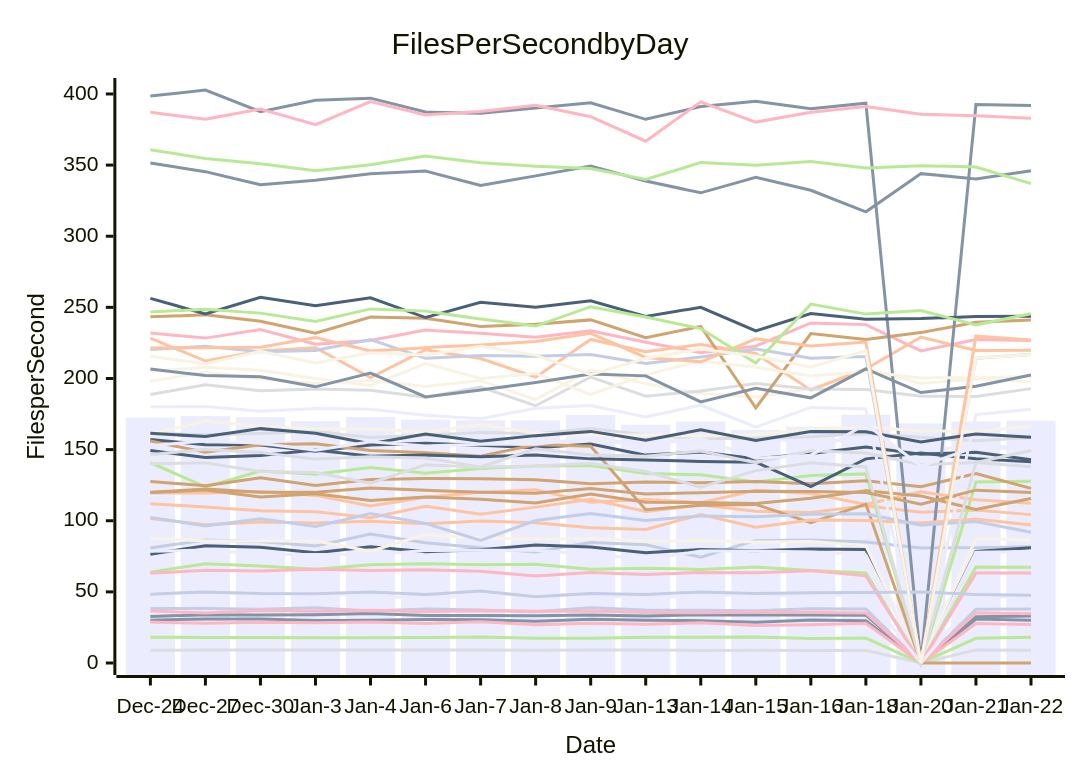
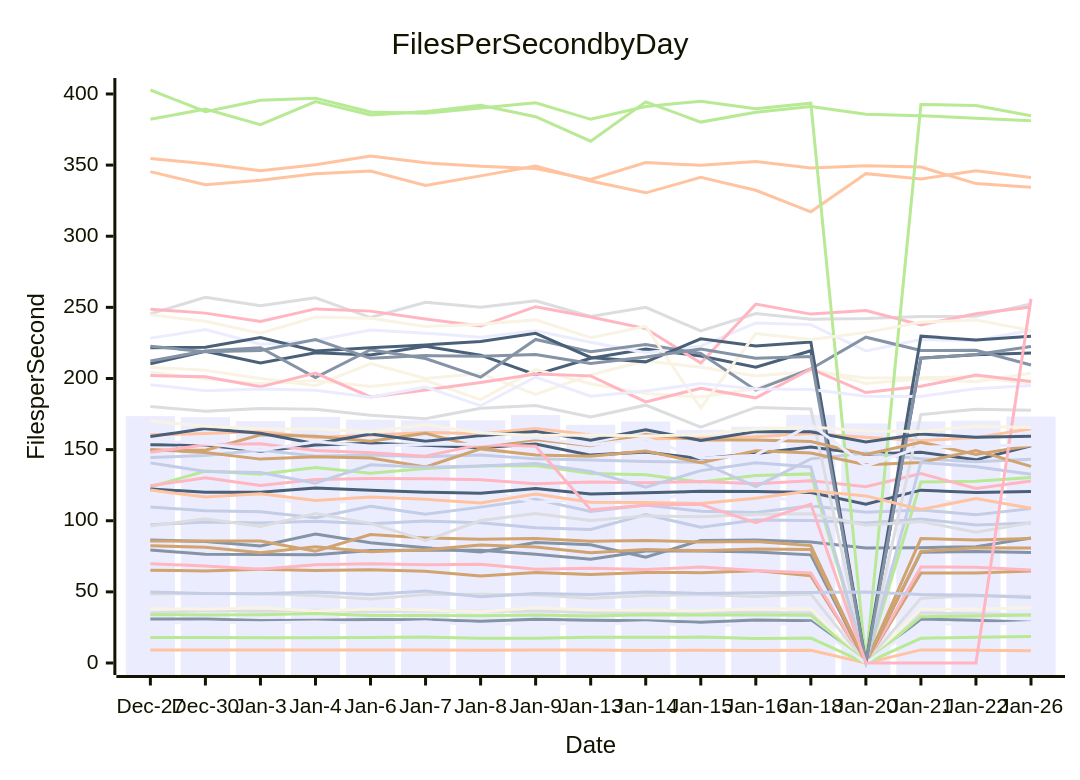
Before and after one commit to streetsidesoftware/cspell: the diagram in perf-report.md, drawn with Mermaid. The commit also changed other lines of this file and 1 other file, not shown here.

````diff
--- a/perf-report.md
+++ b/perf-report.md
@@ -10,57 +10,57 @@
 ```mermaid
 xychart-beta
     title Files Per Second by Day
     y-axis Files per Second
-    x-axis Date [Dec-24, Dec-27, Dec-30, Jan-3, Jan-4, Jan-6, Jan-7, Jan-8, Jan-9, Jan-13, Jan-14, Jan-15, Jan-16, Jan-18, Jan-20, Jan-21, Jan-22]
-    bar [172.48, 173.54, 172.79, 170.07, 172.98, 171.06, 170.63, 170.60, 174.36, 167.48, 169.75, 163.88, 166.13, 174.50, 168.43, 169.86, 170.44]
-    line [30.04, 30.99, 30.88, 29.79, 30.12, 30.58, 30.44, 29.43, 30.82, 30.13, 29.74, 28.69, 30.19, 29.74, 0.00, 30.87, 30.00]
-    line [111.88, 109.68, 107.07, 106.25, 102.14, 110.16, 104.65, 109.58, 115.11, 106.48, 111.07, 106.70, 105.83, 110.59, 105.90, 107.50, 104.30]
-    line [8.90, 9.07, 9.12, 9.16, 9.11, 9.12, 9.14, 8.90, 9.21, 9.09, 8.82, 8.93, 8.76, 8.99, 0.00, 9.21, 8.99]
-    line [140.89, 123.76, 134.99, 132.64, 137.41, 133.47, 136.71, 138.45, 138.88, 133.26, 132.31, 127.23, 131.76, 132.93, 0.00, 127.27, 127.81]
-    line [127.54, 124.61, 130.19, 124.72, 128.97, 129.63, 129.57, 128.75, 125.98, 127.26, 126.67, 127.57, 126.01, 128.09, 123.93, 133.11, 122.76]
-    line [80.81, 86.47, 85.34, 82.22, 90.61, 84.54, 80.98, 78.06, 84.72, 83.13, 74.36, 86.16, 86.38, 84.98, 80.87, 81.08, 81.74]
-    line [231.90, 228.38, 234.40, 224.05, 226.75, 234.01, 231.87, 229.00, 233.60, 225.53, 218.14, 222.73, 239.07, 237.86, 219.38, 227.33, 226.70]
-    line [76.44, 82.43, 81.41, 77.52, 81.68, 78.20, 79.53, 83.01, 81.62, 77.54, 79.76, 78.94, 80.05, 79.79, 0.00, 78.41, 81.03]
-    line [198.12, 204.40, 199.78, 196.30, 198.61, 194.45, 198.60, 185.12, 206.27, 196.30, 189.40, 186.97, 192.92, 206.92, 196.43, 199.84, 197.78]
-    line [158.26, 149.38, 149.63, 160.44, 159.38, 155.94, 161.49, 151.30, 157.09, 152.68, 160.69, 156.79, 156.81, 155.73, 146.52, 155.23, 146.60]
-    line [32.69, 33.95, 33.78, 33.96, 34.86, 33.41, 33.47, 33.19, 33.82, 33.01, 34.00, 33.70, 33.67, 33.62, 0.00, 32.53, 32.97]
-    line [228.39, 212.27, 219.38, 221.60, 200.66, 220.18, 213.99, 200.90, 227.46, 218.81, 223.94, 217.59, 191.78, 206.70, 229.01, 219.68, 219.77]
-    line [188.75, 195.62, 191.45, 192.64, 191.68, 186.85, 193.93, 180.85, 201.04, 187.54, 191.28, 196.46, 192.64, 192.25, 187.45, 187.38, 192.87]
-    line [18.08, 17.97, 17.93, 17.83, 17.83, 17.89, 18.19, 17.48, 17.44, 18.04, 18.04, 18.22, 17.23, 17.55, 0.00, 17.39, 18.17]
-    line [243.32, 244.74, 240.28, 231.82, 243.15, 242.35, 236.52, 238.12, 241.19, 228.64, 236.61, 179.24, 231.58, 227.41, 232.25, 239.53, 241.09]
-    line [38.32, 38.26, 37.85, 38.77, 36.54, 38.02, 37.20, 35.97, 38.77, 37.19, 37.15, 36.65, 38.13, 37.95, 0.00, 37.76, 37.89]
-    line [36.55, 35.09, 36.98, 36.38, 37.08, 36.07, 36.65, 36.34, 36.49, 35.46, 35.24, 35.59, 35.58, 35.07, 0.00, 35.24, 34.68]
-    line [157.19, 153.46, 153.21, 148.91, 153.20, 154.41, 153.05, 151.33, 153.98, 146.13, 148.32, 143.55, 147.19, 151.83, 146.83, 148.17, 142.81]
-    line [87.76, 85.72, 85.81, 85.78, 78.64, 90.27, 87.90, 87.06, 87.60, 85.54, 86.15, 85.12, 85.43, 82.51, 0.00, 87.43, 86.48]
-    line [78.49, 79.44, 76.50, 76.34, 76.08, 79.03, 79.23, 79.24, 76.50, 72.97, 78.65, 78.72, 77.98, 76.03, 0.00, 77.82, 78.41]
-    line [398.52, 402.79, 387.60, 395.60, 397.05, 387.31, 386.47, 390.16, 393.74, 382.18, 391.17, 394.86, 389.55, 393.53, 0.00, 392.61, 391.87]
-    line [119.60, 119.43, 120.64, 117.82, 110.33, 116.53, 120.08, 121.77, 112.94, 114.87, 112.73, 121.37, 119.21, 111.41, 120.28, 114.69, 112.28]
-    line [161.55, 160.38, 161.25, 162.72, 158.59, 160.02, 162.06, 161.10, 164.91, 160.36, 157.59, 157.97, 159.04, 161.40, 158.69, 156.26, 158.43]
-    line [63.78, 69.83, 68.15, 65.99, 69.11, 69.77, 69.09, 69.36, 65.84, 66.66, 65.78, 67.40, 65.04, 63.23, 0.00, 67.48, 67.27]
-    line [155.99, 148.15, 153.37, 154.17, 149.42, 147.86, 145.38, 153.63, 152.37, 107.78, 110.93, 111.50, 98.69, 111.74, 0.00, 0.00, 0.00]
-    line [220.33, 222.69, 218.79, 219.63, 227.40, 214.16, 216.11, 215.58, 216.92, 210.61, 215.07, 220.69, 214.26, 215.48, 0.00, 214.23, 216.83]
-    line [63.01, 65.26, 64.66, 65.89, 65.11, 65.47, 64.47, 61.13, 63.67, 62.15, 63.63, 63.52, 64.93, 61.26, 0.00, 63.19, 63.24]
-    line [149.32, 144.39, 145.93, 149.70, 145.36, 146.19, 145.02, 146.18, 143.49, 142.76, 141.64, 141.15, 123.99, 143.49, 147.59, 143.59, 141.42]
-    line [204.86, 207.97, 205.76, 199.93, 194.96, 210.48, 200.08, 203.53, 188.73, 202.65, 212.27, 207.96, 201.68, 204.97, 200.41, 200.50, 201.35]
-    line [180.06, 180.25, 176.99, 178.92, 178.38, 174.22, 171.75, 179.11, 181.04, 172.87, 181.24, 165.83, 179.67, 178.49, 0.00, 174.64, 178.29]
-    line [351.53, 345.39, 336.17, 339.40, 343.93, 345.83, 335.66, 342.43, 349.42, 338.80, 330.51, 341.37, 332.29, 317.17, 344.00, 340.27, 346.07]
-    line [101.53, 97.16, 99.08, 98.33, 99.60, 97.96, 99.84, 98.62, 95.10, 93.83, 104.36, 95.41, 100.49, 100.17, 98.43, 101.26, 97.05]
-    line [146.50, 150.10, 148.04, 143.32, 145.06, 144.14, 137.83, 150.50, 146.15, 145.30, 149.05, 140.78, 149.26, 147.65, 139.36, 140.95, 149.41]
-    line [360.81, 354.60, 350.95, 345.98, 350.21, 356.35, 351.62, 349.11, 347.65, 339.94, 351.75, 349.84, 352.46, 347.95, 349.61, 348.67, 336.98]
-    line [119.82, 121.66, 116.64, 119.03, 114.16, 116.74, 115.06, 112.51, 118.83, 112.95, 112.89, 112.17, 115.75, 121.13, 117.45, 107.89, 115.63]
-    line [102.33, 96.35, 101.39, 95.92, 105.11, 98.16, 86.10, 100.14, 105.08, 100.22, 103.42, 102.77, 104.55, 104.84, 96.90, 99.42, 91.88]
-    line [28.77, 27.94, 28.71, 28.29, 28.89, 27.76, 28.93, 26.82, 27.98, 27.25, 28.25, 26.29, 26.94, 27.92, 0.00, 27.74, 27.10]
-    line [256.30, 245.45, 257.10, 251.12, 256.72, 242.84, 253.62, 250.11, 254.55, 243.64, 250.04, 233.42, 245.62, 241.64, 242.10, 243.52, 243.78]
-    line [160.97, 170.04, 166.42, 164.47, 164.70, 162.35, 167.49, 161.75, 159.91, 160.33, 159.51, 160.62, 164.27, 165.83, 163.17, 162.82, 166.39]
-    line [49.98, 48.46, 48.82, 48.74, 47.38, 44.97, 48.20, 48.28, 47.88, 45.48, 47.52, 48.15, 46.82, 48.44, 0.00, 45.59, 47.24]
-    line [206.68, 202.06, 201.20, 194.13, 203.79, 186.99, 191.85, 197.16, 203.10, 201.84, 183.49, 193.18, 186.41, 206.76, 190.09, 194.48, 202.39]
-    line [221.39, 221.64, 222.00, 228.77, 219.30, 221.68, 223.62, 226.04, 231.74, 214.77, 211.68, 227.93, 222.84, 225.57, 0.00, 229.76, 226.99]
-    line [140.01, 140.67, 134.58, 133.84, 126.46, 139.31, 137.59, 138.48, 140.31, 134.58, 123.64, 135.23, 140.79, 137.86, 0.00, 141.02, 138.02]
-    line [246.70, 248.73, 245.95, 240.13, 248.92, 247.35, 241.85, 236.85, 250.47, 243.18, 235.07, 210.91, 252.26, 245.25, 247.79, 237.71, 245.48]
-    line [119.98, 122.26, 120.11, 120.07, 122.96, 121.36, 120.04, 119.36, 122.67, 118.82, 119.70, 120.72, 120.60, 119.83, 111.61, 121.49, 119.94]
-    line [48.41, 49.94, 48.88, 48.70, 49.88, 48.16, 50.54, 46.59, 48.81, 48.15, 49.96, 48.86, 49.35, 49.61, 49.98, 48.14, 47.57]
-    line [387.10, 382.18, 389.40, 378.43, 394.66, 385.25, 387.67, 392.05, 384.01, 366.78, 394.48, 380.24, 387.08, 391.19, 385.76, 384.74, 382.99]
-    line [161.47, 159.18, 164.75, 161.43, 154.09, 160.97, 155.89, 159.83, 162.81, 156.59, 163.92, 156.50, 162.70, 162.52, 155.39, 161.05, 158.62]
-    line [215.56, 210.39, 219.17, 210.98, 218.13, 216.47, 222.63, 216.37, 202.60, 214.18, 220.74, 215.80, 207.87, 219.52, 0.00, 214.36, 216.75]
-    line [152.82, 156.10, 154.49, 149.59, 155.51, 152.61, 153.69, 153.81, 158.28, 153.24, 158.05, 143.97, 146.11, 167.84, 138.47, 151.83, 152.31]
+    x-axis Date [Dec-27, Dec-30, Jan-3, Jan-4, Jan-6, Jan-7, Jan-8, Jan-9, Jan-13, Jan-14, Jan-15, Jan-16, Jan-18, Jan-20, Jan-21, Jan-22, Jan-26]
+    bar [173.54, 172.79, 170.07, 172.98, 171.06, 170.63, 170.60, 174.36, 167.48, 169.75, 163.88, 166.13, 174.50, 168.43, 169.86, 170.44, 173.21]
+    line [30.99, 30.88, 29.79, 30.12, 30.58, 30.44, 29.43, 30.82, 30.13, 29.74, 28.69, 30.19, 29.74, 0.00, 30.87, 30.00, 28.70]
+    line [9.07, 9.12, 9.16, 9.11, 9.12, 9.14, 8.90, 9.21, 9.09, 8.82, 8.93, 8.76, 8.99, 0.00, 9.21, 8.99, 8.69]
+    line [35.09, 36.98, 36.38, 37.08, 36.07, 36.65, 36.34, 36.49, 35.46, 35.24, 35.59, 35.58, 35.07, 0.00, 35.24, 34.68, 33.94]
+    line [17.97, 17.93, 17.83, 17.83, 17.89, 18.19, 17.48, 17.44, 18.04, 18.04, 18.22, 17.23, 17.55, 0.00, 17.39, 18.17, 18.55]
+    line [65.26, 64.66, 65.89, 65.11, 65.47, 64.47, 61.13, 63.67, 62.15, 63.63, 63.52, 64.93, 61.26, 0.00, 63.19, 63.24, 64.72]
+    line [109.68, 107.07, 106.25, 102.14, 110.16, 104.65, 109.58, 115.11, 106.48, 111.07, 106.70, 105.83, 110.59, 105.90, 107.50, 104.30, 108.52]
+    line [69.83, 68.15, 65.99, 69.11, 69.77, 69.09, 69.36, 65.84, 66.66, 65.78, 67.40, 65.04, 63.23, 0.00, 67.48, 67.27, 65.41]
+    line [153.46, 153.21, 148.91, 153.20, 154.41, 153.05, 151.33, 153.98, 146.13, 148.32, 143.55, 147.19, 151.83, 146.83, 148.17, 142.81, 152.72]
+    line [38.26, 37.85, 38.77, 36.54, 38.02, 37.20, 35.97, 38.77, 37.19, 37.15, 36.65, 38.13, 37.95, 0.00, 37.76, 37.89, 38.81]
+    line [119.43, 120.64, 117.82, 110.33, 116.53, 120.08, 121.77, 112.94, 114.87, 112.73, 121.37, 119.21, 111.41, 120.28, 114.69, 112.28, 117.78]
+    line [86.47, 85.34, 82.22, 90.61, 84.54, 80.98, 78.06, 84.72, 83.13, 74.36, 86.16, 86.38, 84.98, 80.87, 81.08, 81.74, 87.91]
+    line [345.39, 336.17, 339.40, 343.93, 345.83, 335.66, 342.43, 349.42, 338.80, 330.51, 341.37, 332.29, 317.17, 344.00, 340.27, 346.07, 341.26]
+    line [245.45, 257.10, 251.12, 256.72, 242.84, 253.62, 250.11, 254.55, 243.64, 250.04, 233.42, 245.62, 241.64, 242.10, 243.52, 243.78, 252.46]
+    line [123.76, 134.99, 132.64, 137.41, 133.47, 136.71, 138.45, 138.88, 133.26, 132.31, 127.23, 131.76, 132.93, 0.00, 127.27, 127.81, 130.32]
+    line [85.72, 85.81, 85.78, 78.64, 90.27, 87.90, 87.06, 87.60, 85.54, 86.15, 85.12, 85.43, 82.51, 0.00, 87.43, 86.48, 87.49]
+    line [97.16, 99.08, 98.33, 99.60, 97.96, 99.84, 98.62, 95.10, 93.83, 104.36, 95.41, 100.49, 100.17, 98.43, 101.26, 97.05, 98.45]
+    line [124.61, 130.19, 124.72, 128.97, 129.63, 129.57, 128.75, 125.98, 127.26, 126.67, 127.57, 126.01, 128.09, 123.93, 133.11, 122.76, 127.88]
+    line [210.39, 219.17, 210.98, 218.13, 216.47, 222.63, 216.37, 202.60, 214.18, 220.74, 215.80, 207.87, 219.52, 0.00, 214.36, 216.75, 217.84]
+    line [207.97, 205.76, 199.93, 194.96, 210.48, 200.08, 203.53, 188.73, 202.65, 212.27, 207.96, 201.68, 204.97, 200.41, 200.50, 201.35, 196.11]
+    line [228.38, 234.40, 224.05, 226.75, 234.01, 231.87, 229.00, 233.60, 225.53, 218.14, 222.73, 239.07, 237.86, 219.38, 227.33, 226.70, 233.87]
+    line [79.44, 76.50, 76.34, 76.08, 79.03, 79.23, 79.24, 76.50, 72.97, 78.65, 78.72, 77.98, 76.03, 0.00, 77.82, 78.41, 77.74]
+    line [160.38, 161.25, 162.72, 158.59, 160.02, 162.06, 161.10, 164.91, 160.36, 157.59, 157.97, 159.04, 161.40, 158.69, 156.26, 158.43, 164.60]
+    line [48.46, 48.82, 48.74, 47.38, 44.97, 48.20, 48.28, 47.88, 45.48, 47.52, 48.15, 46.82, 48.44, 0.00, 45.59, 47.24, 46.87]
+    line [33.95, 33.78, 33.96, 34.86, 33.41, 33.47, 33.19, 33.82, 33.01, 34.00, 33.70, 33.67, 33.62, 0.00, 32.53, 32.97, 33.70]
+    line [82.43, 81.41, 77.52, 81.68, 78.20, 79.53, 83.01, 81.62, 77.54, 79.76, 78.94, 80.05, 79.79, 0.00, 78.41, 81.03, 80.80]
+    line [144.39, 145.93, 149.70, 145.36, 146.19, 145.02, 146.18, 143.49, 142.76, 141.64, 141.15, 123.99, 143.49, 147.59, 143.59, 141.42, 143.21]
+    line [248.73, 245.95, 240.13, 248.92, 247.35, 241.85, 236.85, 250.47, 243.18, 235.07, 210.91, 252.26, 245.25, 247.79, 237.71, 245.48, 250.24]
+    line [122.26, 120.11, 120.07, 122.96, 121.36, 120.04, 119.36, 122.67, 118.82, 119.70, 120.72, 120.60, 119.83, 111.61, 121.49, 119.94, 120.57]
+    line [204.40, 199.78, 196.30, 198.61, 194.45, 198.60, 185.12, 206.27, 196.30, 189.40, 186.97, 192.92, 206.92, 196.43, 199.84, 197.78, 203.69]
+    line [27.94, 28.71, 28.29, 28.89, 27.76, 28.93, 26.82, 27.98, 27.25, 28.25, 26.29, 26.94, 27.92, 0.00, 27.74, 27.10, 28.41]
+    line [212.27, 219.38, 221.60, 200.66, 220.18, 213.99, 200.90, 227.46, 218.81, 223.94, 217.59, 191.78, 206.70, 229.01, 219.68, 219.77, 209.49]
+    line [354.60, 350.95, 345.98, 350.21, 356.35, 351.62, 349.11, 347.65, 339.94, 351.75, 349.84, 352.46, 347.95, 349.61, 348.67, 336.98, 334.45]
+    line [180.25, 176.99, 178.92, 178.38, 174.22, 171.75, 179.11, 181.04, 172.87, 181.24, 165.83, 179.67, 178.49, 0.00, 174.64, 178.29, 177.69]
+    line [402.79, 387.60, 395.60, 397.05, 387.31, 386.47, 390.16, 393.74, 382.18, 391.17, 394.86, 389.55, 393.53, 0.00, 392.61, 391.87, 384.72]
+    line [150.10, 148.04, 143.32, 145.06, 144.14, 137.83, 150.50, 146.15, 145.30, 149.05, 140.78, 149.26, 147.65, 139.36, 140.95, 149.41, 138.21]
+    line [140.67, 134.58, 133.84, 126.46, 139.31, 137.59, 138.48, 140.31, 134.58, 123.64, 135.23, 140.79, 137.86, 0.00, 141.02, 138.02, 132.73]
+    line [202.06, 201.20, 194.13, 203.79, 186.99, 191.85, 197.16, 203.10, 201.84, 183.49, 193.18, 186.41, 206.76, 190.09, 194.48, 202.39, 197.93]
+    line [221.64, 222.00, 228.77, 219.30, 221.68, 223.62, 226.04, 231.74, 214.77, 211.68, 227.93, 222.84, 225.57, 0.00, 229.76, 226.99, 229.64]
+    line [244.74, 240.28, 231.82, 243.15, 242.35, 236.52, 238.12, 241.19, 228.64, 236.61, 179.24, 231.58, 227.41, 232.25, 239.53, 241.09, 233.83]
+    line [195.62, 191.45, 192.64, 191.68, 186.85, 193.93, 180.85, 201.04, 187.54, 191.28, 196.46, 192.64, 192.25, 187.45, 187.38, 192.87, 195.04]
+    line [222.69, 218.79, 219.63, 227.40, 214.16, 216.11, 215.58, 216.92, 210.61, 215.07, 220.69, 214.26, 215.48, 0.00, 214.23, 216.83, 222.41]
+    line [121.66, 116.64, 119.03, 114.16, 116.74, 115.06, 112.51, 118.83, 112.95, 112.89, 112.17, 115.75, 121.13, 117.45, 107.89, 115.63, 108.80]
+    line [96.35, 101.39, 95.92, 105.11, 98.16, 86.10, 100.14, 105.08, 100.22, 103.42, 102.77, 104.55, 104.84, 96.90, 99.42, 91.88, 98.65]
+    line [382.18, 389.40, 378.43, 394.66, 385.25, 387.67, 392.05, 384.01, 366.78, 394.48, 380.24, 387.08, 391.19, 385.76, 384.74, 382.99, 381.11]
+    line [149.38, 149.63, 160.44, 159.38, 155.94, 161.49, 151.30, 157.09, 152.68, 160.69, 156.79, 156.81, 155.73, 146.52, 155.23, 146.60, 152.95]
+    line [49.94, 48.88, 48.70, 49.88, 48.16, 50.54, 46.59, 48.81, 48.15, 49.96, 48.86, 49.35, 49.61, 49.98, 48.14, 47.57, 46.02]
+    line [148.15, 153.37, 154.17, 149.42, 147.86, 145.38, 153.63, 152.37, 107.78, 110.93, 111.50, 98.69, 111.74, 0.00, 0.00, 0.00, 256.11]
+    line [159.18, 164.75, 161.43, 154.09, 160.97, 155.89, 159.83, 162.81, 156.59, 163.92, 156.50, 162.70, 162.52, 155.39, 161.05, 158.62, 159.47]
+    line [170.04, 166.42, 164.47, 164.70, 162.35, 167.49, 161.75, 159.91, 160.33, 159.51, 160.62, 164.27, 165.83, 163.17, 162.82, 166.39, 165.48]
+    line [156.10, 154.49, 149.59, 155.51, 152.61, 153.69, 153.81, 158.28, 153.24, 158.05, 143.97, 146.11, 167.84, 138.47, 151.83, 152.31, 153.48]
 ```
````
